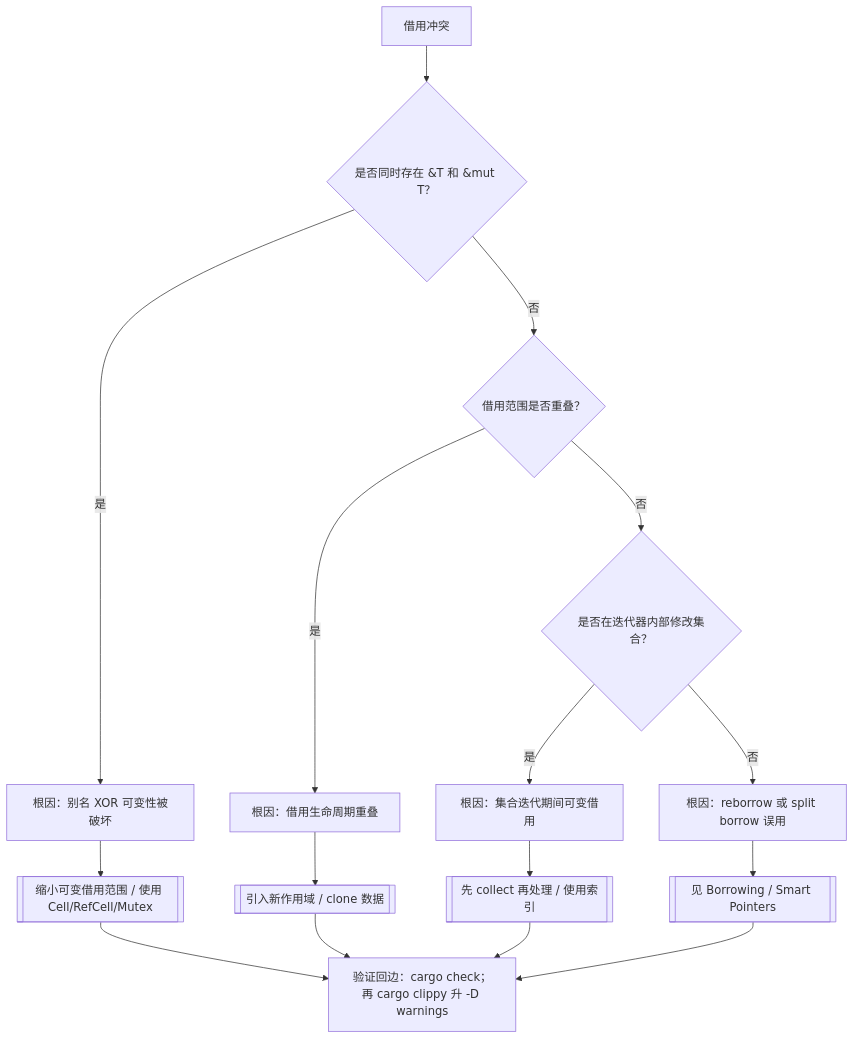
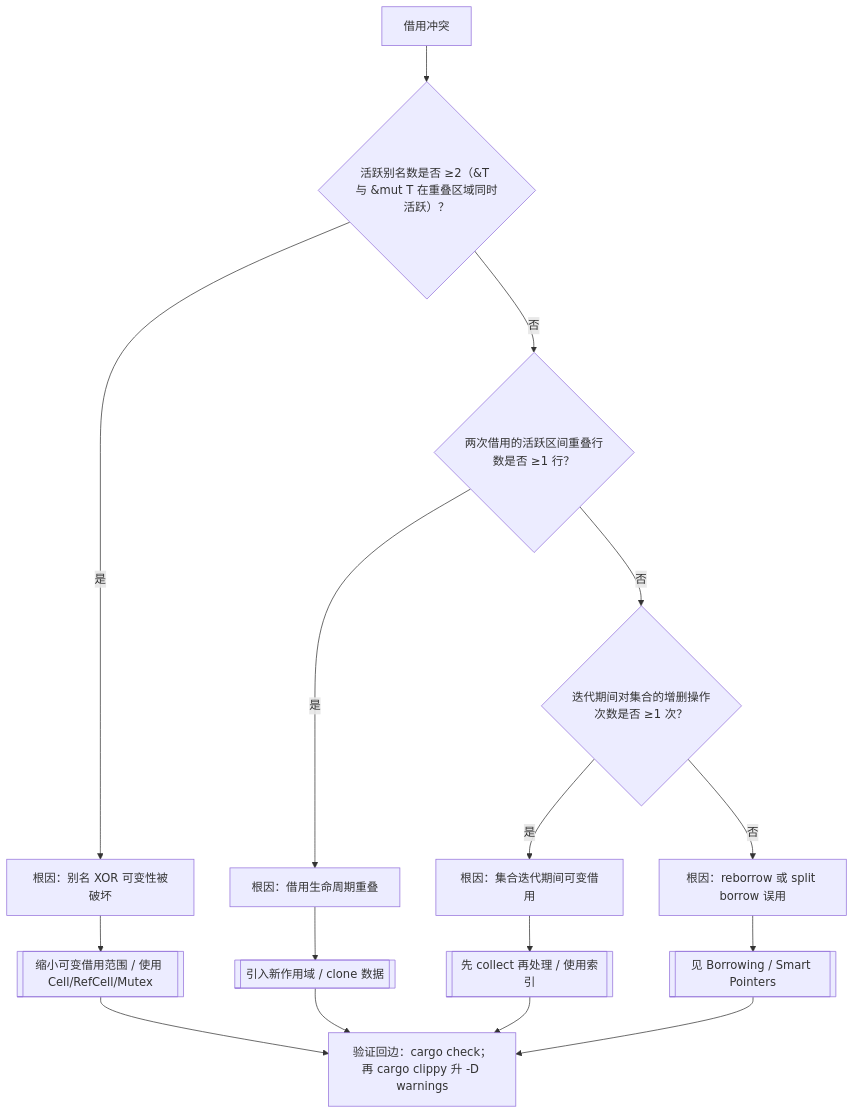
One commit to martin-ly/rust-lang changed the first of 6 diagrams in concept/00_meta/knowledge_topology/09_reasoning_judgment_tree_atlas.md. Above: the diagram before and after it, drawn with Mermaid. The commit also changed other lines of this file and 183 other files, not shown here.

````diff
--- a/concept/00_meta/knowledge_topology/09_reasoning_judgment_tree_atlas.md
+++ b/concept/00_meta/knowledge_topology/09_reasoning_judgment_tree_atlas.md
@@ -34,18 +34,18 @@
 ```mermaid
 flowchart TD
-    B[借用冲突] --> Q1{是否同时存在 &T 和 &mut T？}
+    B[借用冲突] --> Q1{"活跃别名数是否 ≥2（&T 与 &mut T 在重叠区域同时活跃）？"}
     Q1 -->|是| R1[根因：别名 XOR 可变性被破坏]
-    Q1 -->|否| Q2{借用范围是否重叠？}
+    Q1 -->|否| Q2{"两次借用的活跃区间重叠行数是否 ≥1 行？"}
     Q2 -->|是| R2[根因：借用生命周期重叠]
-    Q2 -->|否| Q3{是否在迭代器内部修改集合？}
+    Q2 -->|否| Q3{"迭代期间对集合的增删操作次数是否 ≥1 次？"}
     Q3 -->|是| R3[根因：集合迭代期间可变借用]
     Q3 -->|否| R4[根因：reborrow 或 split borrow 误用]
     R1 --> F1[[缩小可变借用范围 / 使用 Cell/RefCell/Mutex]]
     R2 --> F2[[引入新作用域 / clone 数据]]
     R3 --> F3[[先 collect 再处理 / 使用索引]]
     R4 --> F4[[见 Borrowing / Smart Pointers]]
     F1 --> V1[验证回边：cargo check；再 cargo clippy 升 -D warnings]
     F2 --> V1
     F3 --> V1
     F4 --> V1
 ```
````
